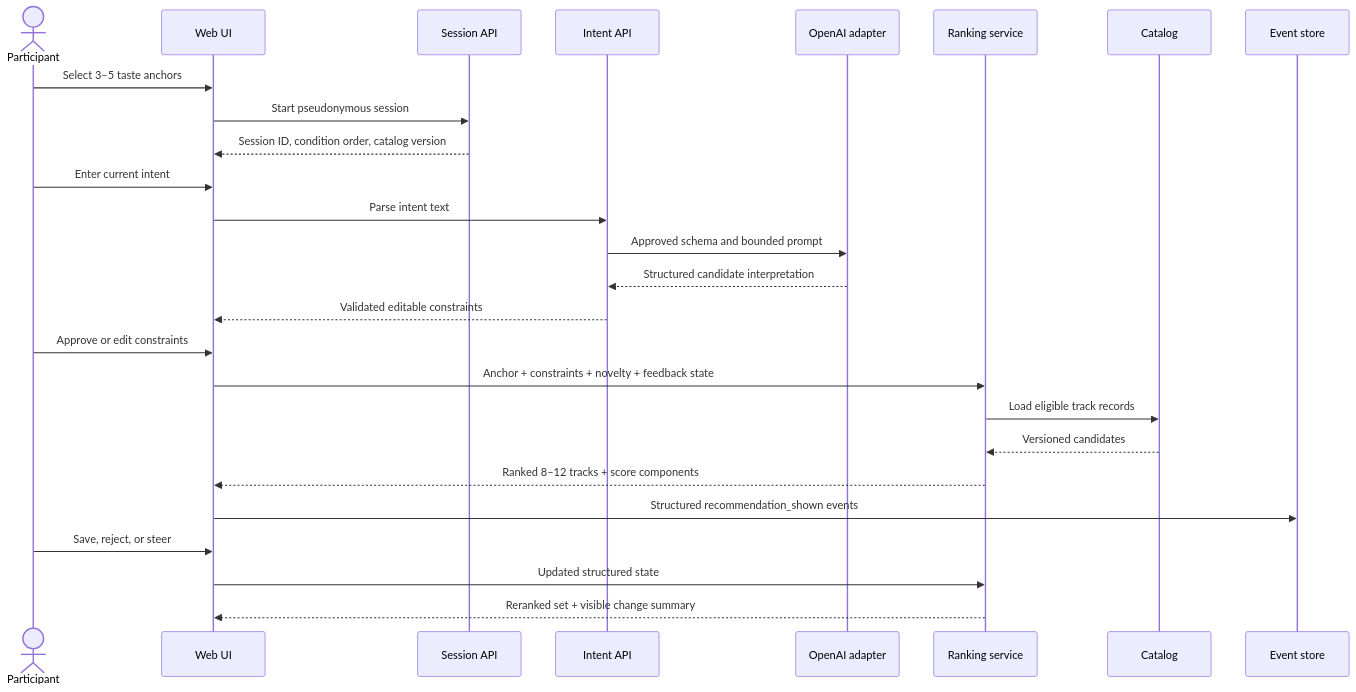
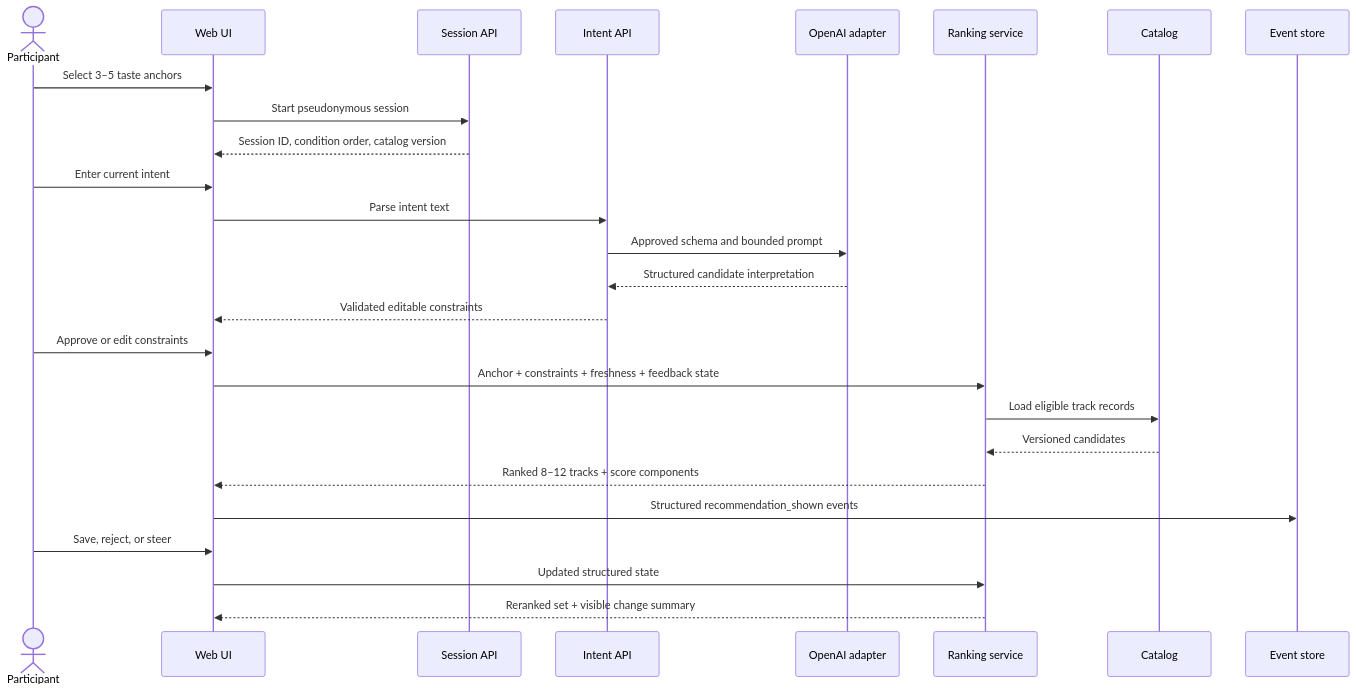
One commit to gptdivya595/Prototype-Spotify changed the second of 2 diagrams in artifact-b/docs/architecture.md. Above: the diagram before and after it, drawn with Mermaid. The commit also changed other lines of this file and 32 other files, not shown here.

````diff
--- a/artifact-b/docs/architecture.md
+++ b/artifact-b/docs/architecture.md
@@ -110,29 +110,29 @@
 ```mermaid
 sequenceDiagram
     actor U as Participant
     participant UI as Web UI
     participant S as Session API
     participant I as Intent API
     participant O as OpenAI adapter
     participant R as Ranking service
     participant C as Catalog
     participant E as Event store
 
     U->>UI: Select 3–5 taste anchors
     UI->>S: Start pseudonymous session
     S-->>UI: Session ID, condition order, catalog version
     U->>UI: Enter current intent
     UI->>I: Parse intent text
     I->>O: Approved schema and bounded prompt
     O-->>I: Structured candidate interpretation
     I-->>UI: Validated editable constraints
     U->>UI: Approve or edit constraints
-    UI->>R: Anchor + constraints + novelty + feedback state
+    UI->>R: Anchor + constraints + freshness + feedback state
     R->>C: Load eligible track records
     C-->>R: Versioned candidates
     R-->>UI: Ranked 8–12 tracks + score components
     UI->>E: Structured recommendation_shown events
     U->>UI: Save, reject, or steer
     UI->>R: Updated structured state
     R-->>UI: Reranked set + visible change summary
 ```
````
